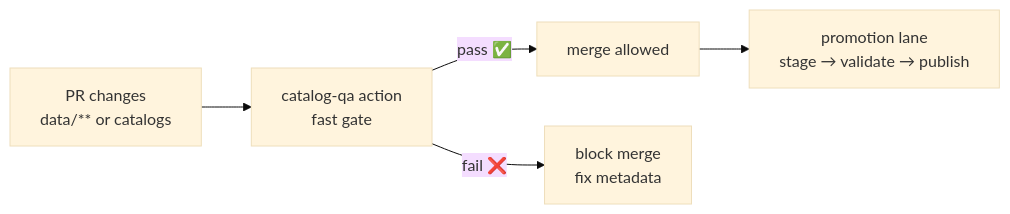
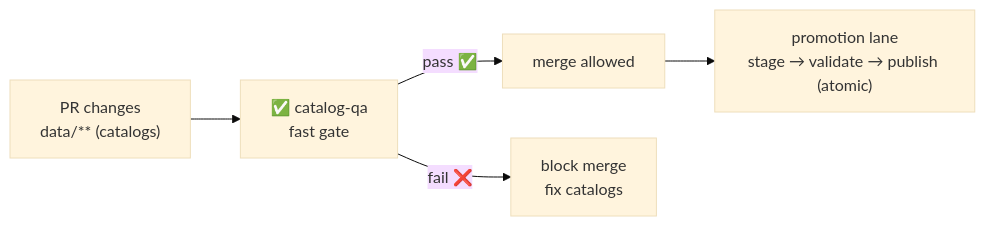
Before and after one commit to bartytime4life/Kansas-Frontier-Matrix: the diagram in .github/actions/catalog-qa/README.md, drawn with Mermaid (base theme). The commit also changed other lines of this file, not shown here.

````diff
--- a/.github/actions/catalog-qa/README.md
+++ b/.github/actions/catalog-qa/README.md
@@ -81,7 +120,7 @@
 ```mermaid
 flowchart LR
-  PR["PR changes<br/>data/** or catalogs"] --> QA["catalog-qa action<br/>fast gate"]
+  PR["PR changes<br/>data/** (catalogs)"] --> QA["✅ catalog-qa<br/>fast gate"]
   QA -->|pass ✅| MERGE["merge allowed"]
-  QA -->|fail ❌| STOP["block merge<br/>fix metadata"]
-  MERGE --> PROMOTE["promotion lane<br/>stage → validate → publish"]
+  QA -->|fail ❌| STOP["block merge<br/>fix catalogs"]
+  MERGE --> PROMOTE["promotion lane<br/>stage → validate → publish (atomic)"]
 ```
````
